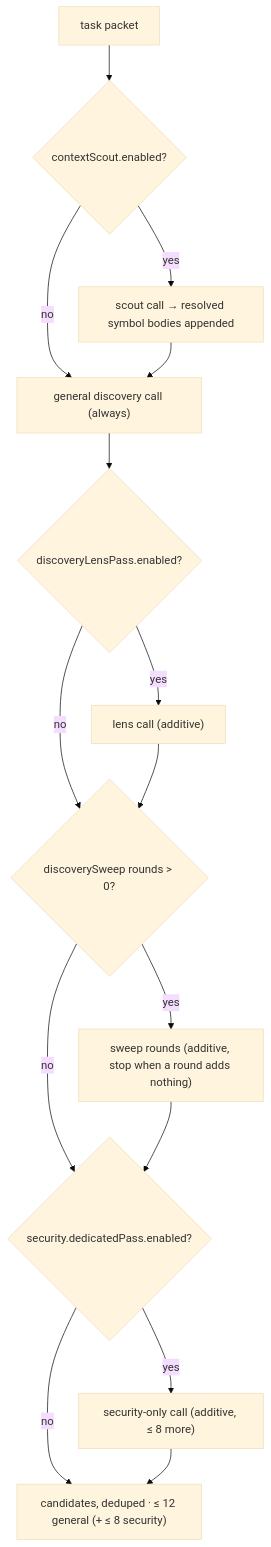
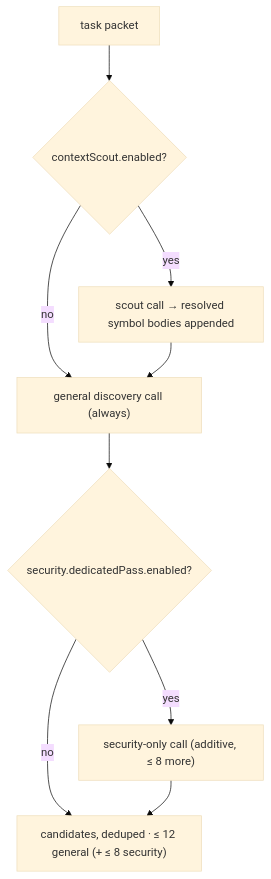
The diagram in docs/03-concepts/pipeline/04-holistic-discovery.md (sebastianwessel/codereviewer), drawn with Mermaid (base theme) before and after one commit. The commit also changed other lines of this file and 12 other files, not shown here.

````diff
--- a/docs/03-concepts/pipeline/04-holistic-discovery.md
+++ b/docs/03-concepts/pipeline/04-holistic-discovery.md
@@ -83,17 +84,11 @@
 ```mermaid
 flowchart TD
   P["task packet"] --> S{"contextScout.enabled?"}
   S -- yes --> SC["scout call → resolved symbol bodies appended"]
   S -- no --> G
   SC --> G["general discovery call (always)"]
-  G --> L{"discoveryLensPass.enabled?"}
-  L -- yes --> LP["lens call (additive)"]
-  L -- no --> W
-  LP --> W{"discoverySweep rounds > 0?"}
-  W -- yes --> SW["sweep rounds (additive, stop when a round adds nothing)"]
-  W -- no --> SE
-  SW --> SE{"security.dedicatedPass.enabled?"}
+  G --> SE{"security.dedicatedPass.enabled?"}
   SE -- yes --> SP["security-only call (additive, ≤ 8 more)"]
   SE -- no --> C["candidates, deduped · ≤ 12 general (+ ≤ 8 security)"]
   SP --> C
 ```
````
